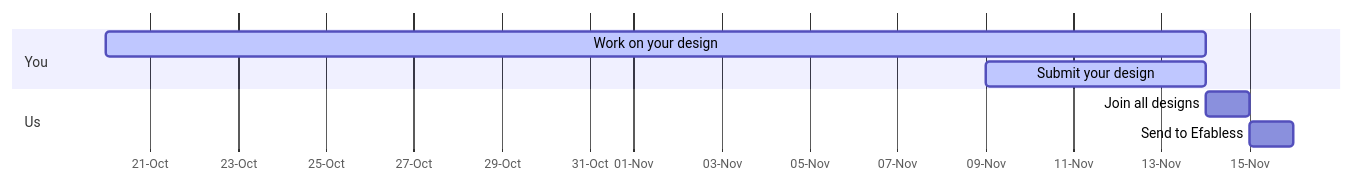
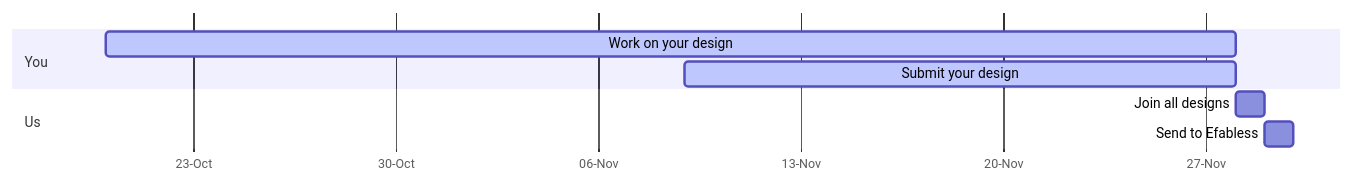
The diagram in content/_index.en.md (TinyTapeout/tinytapeout_www), drawn with Mermaid before and after one commit. The commit also changed other lines of this file and 1 other file, not shown here.

Commit message:
updated homepage with new submission date

```diff
--- a/content/_index.en.md
+++ b/content/_index.en.md
@@ -17,12 +17,12 @@
 {{<mermaid>}}
 gantt
         dateFormat  YYYY-MM-DD
         axisFormat %d-%b
         section You
-        Work on your design       :   active,2022-10-20,2022-11-14
-        Submit your design        :   active,2022-11-09,2022-11-14
+        Work on your design       :   active,2022-10-20,2022-11-28
+        Submit your design        :   active,2022-11-09,2022-11-28
         
         section Us
-        Join all designs          :   2022-11-14, 1d
-        Send to Efabless          :   2022-11-15, 1d
+        Join all designs          :   2022-11-28, 1d
+        Send to Efabless          :   2022-11-29, 1d
 {{</mermaid>}}
```
